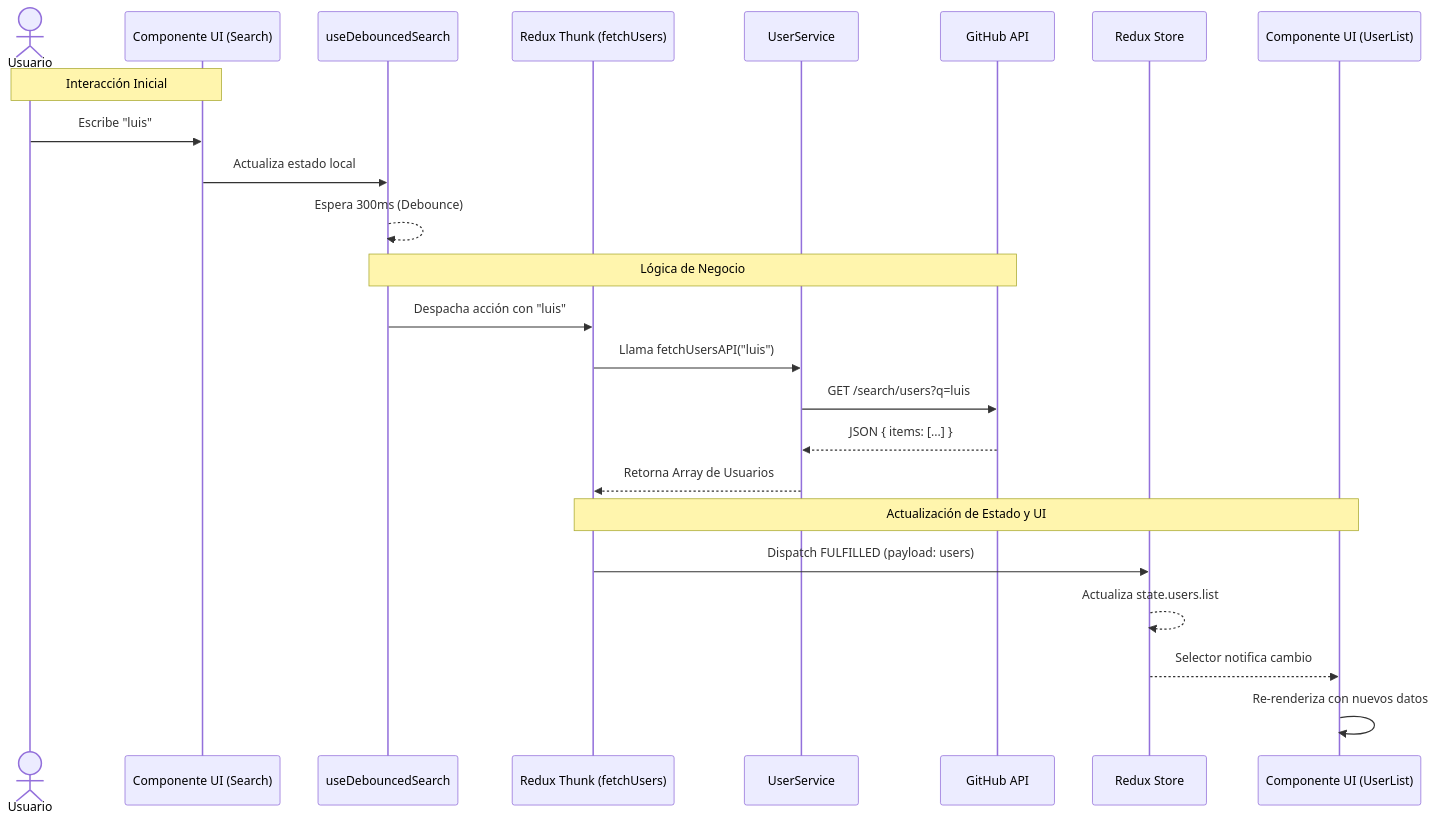
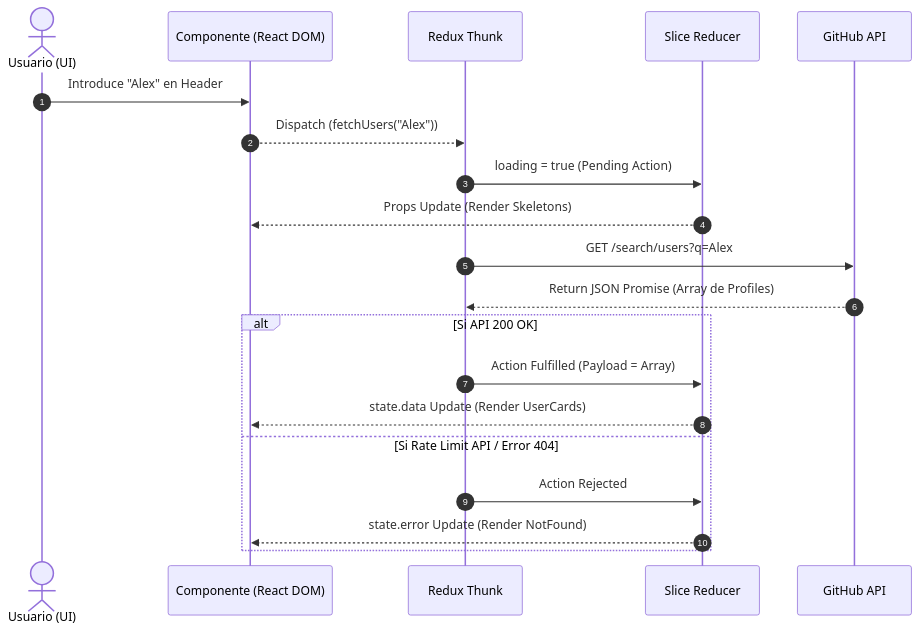
The diagram in src/docs/05-flujo-de-datos.md (Slinkter/myprojectapi01), drawn with Mermaid before and after one commit. The commit also changed other lines of this file and 51 other files, not shown here.

Commit message:
feat(architecture): complete master prompt refactor, FSD adoption, Tailwind v4 UI, and documentation master class

````diff
--- a/src/docs/05-flujo-de-datos.md
+++ b/src/docs/05-flujo-de-datos.md
@@ -18,29 +18,24 @@
 ```mermaid
 sequenceDiagram
-    actor Usuario
-    participant Input as Componente UI (Search)
-    participant Hook as useDebouncedSearch
-    participant Thunk as Redux Thunk (fetchUsers)
-    participant Service as UserService
-    participant API as GitHub API
-    participant Store as Redux Store
-    participant List as Componente UI (UserList)
+    autonumber
+    actor U as Usuario (UI)
+    participant C as Componente (React DOM)
+    participant R as Redux Thunk
+    participant S as Slice Reducer
+    participant A as GitHub API
 
-    Note over Usuario, Input: Interacción Inicial
-    Usuario->>Input: Escribe "luis"
-    Input->>Hook: Actualiza estado local
-    Hook-->>Hook: Espera 300ms (Debounce)
+    U->>C: Introduce "Alex" en Header
+    C-->>R: Dispatch (fetchUsers("Alex"))
+    R->>S: loading = true (Pending Action)
+    S-->>C: Props Update (Render Skeletons)
+    R->>A: GET /search/users?q=Alex
+    A-->>R: Return JSON Promise (Array de Profiles)
 
-    Note over Hook, API: Lógica de Negocio
-    Hook->>Thunk: Despacha acción con "luis"
-    Thunk->>Service: Llama fetchUsersAPI("luis")
-    Service->>API: GET /search/users?q=luis
-    API-->>Service: JSON { items: [...] }
-    Service-->>Thunk: Retorna Array de Usuarios
-
-    Note over Thunk, List: Actualización de Estado y UI
-    Thunk->>Store: Dispatch FULFILLED (payload: users)
-    Store-->>Store: Actualiza state.users.list
-    Store-->>List: Selector notifica cambio
-    List->>List: Re-renderiza con nuevos datos
+    alt Si API 200 OK
+        R->>S: Action Fulfilled (Payload = Array)
+        S-->>C: state.data Update (Render UserCards)
+    else Si Rate Limit API / Error 404
+        R->>S: Action Rejected
+        S-->>C: state.error Update (Render NotFound)
+    end
 ```
````
